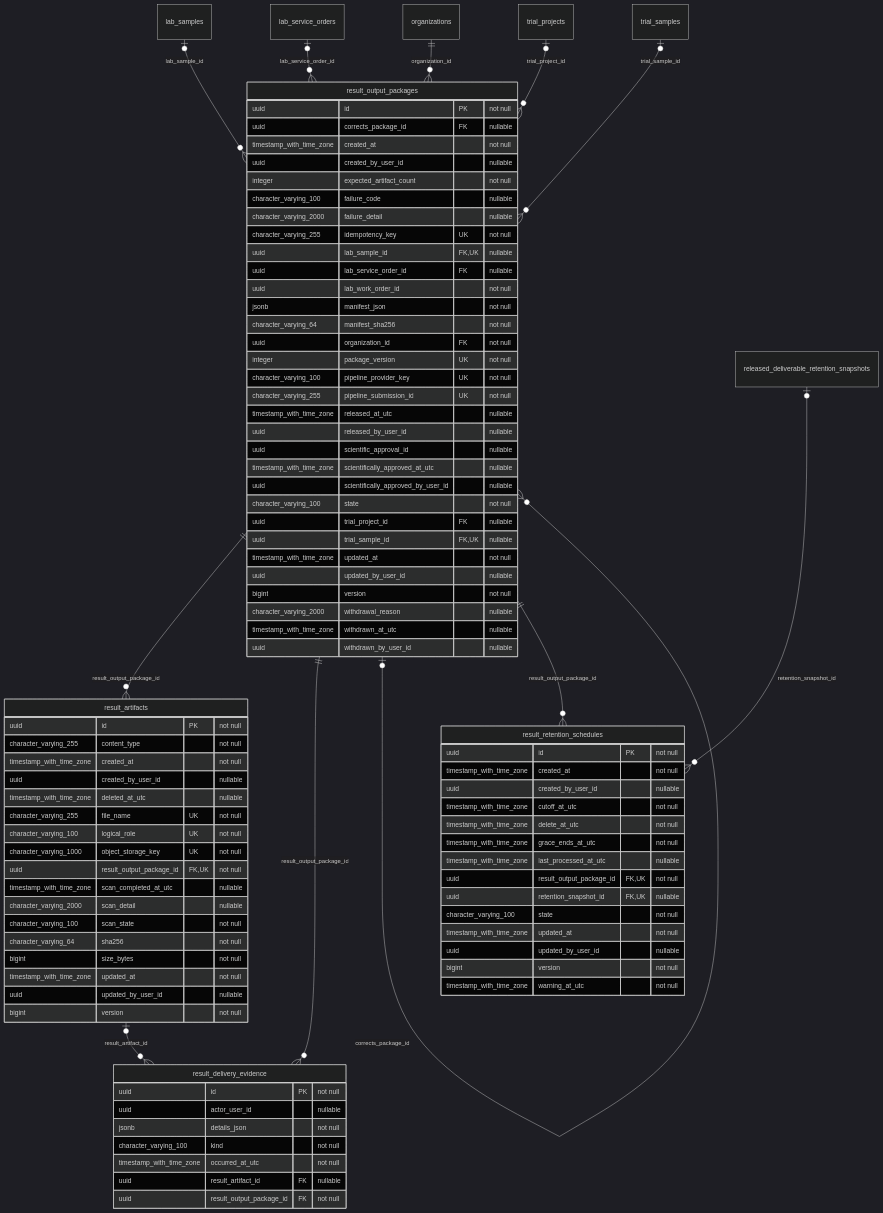
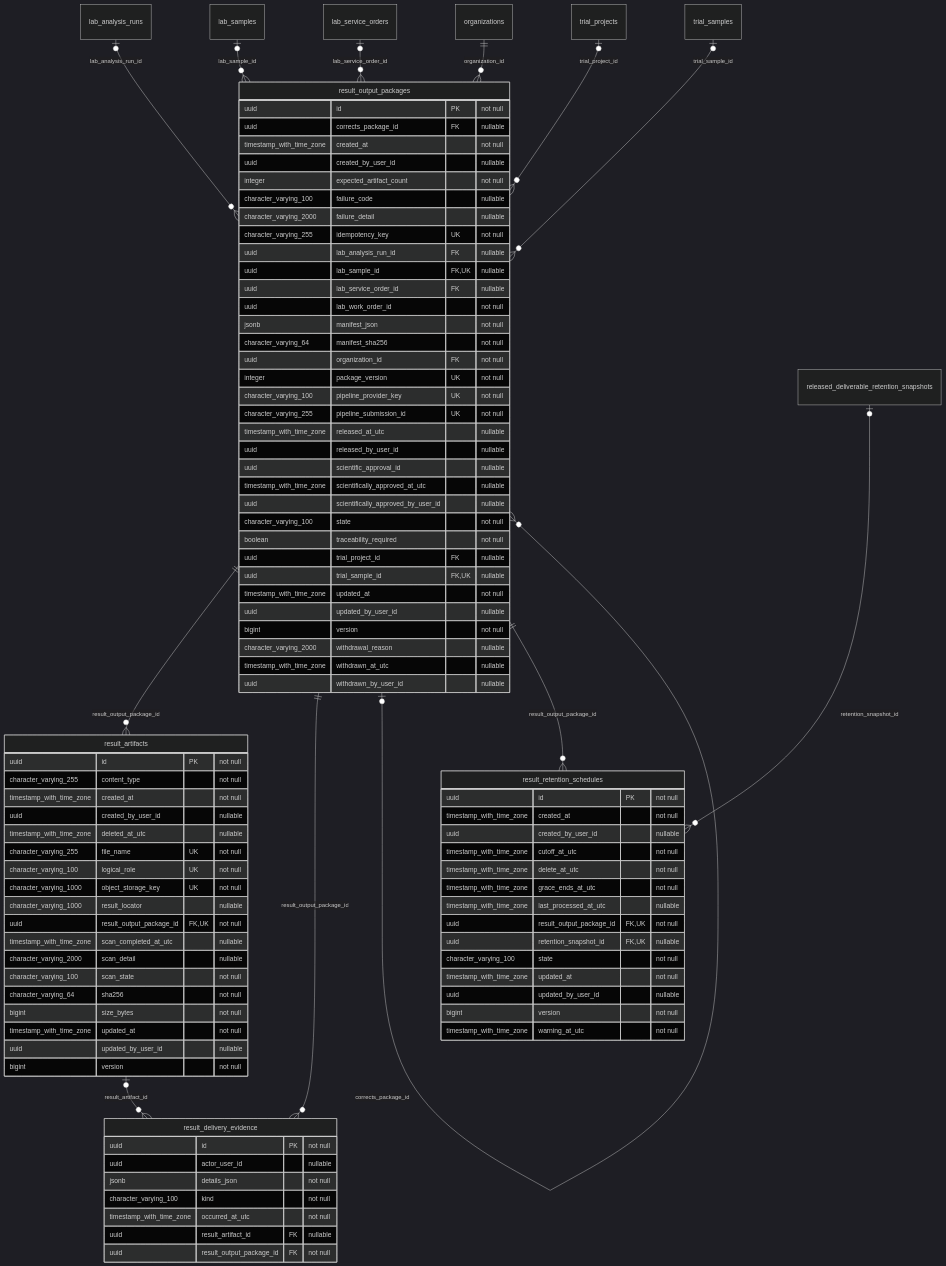
One commit to behaack/phaeno-ops-mgmt-system changed the eighth of 31 diagrams in docs/database-erd.md. Above: the diagram before and after it, drawn with Mermaid (dark theme). The commit also changed other lines of this file and 299 other files, not shown here.

Commit message:
Rebase databases and enforce sample-to-result traceability

```diff
--- a/docs/database-erd.md
+++ b/docs/database-erd.md
@@ -1008,6 +978,7 @@
         character_varying_255 file_name UK "not null"
         character_varying_100 logical_role UK "not null"
         character_varying_1000 object_storage_key UK "not null"
+        character_varying_1000 result_locator "nullable"
         uuid result_output_package_id FK,UK "not null"
         timestamp_with_time_zone scan_completed_at_utc "nullable"
         character_varying_2000 scan_detail "nullable"
@@ -1036,6 +1007,7 @@
         character_varying_100 failure_code "nullable"
         character_varying_2000 failure_detail "nullable"
         character_varying_255 idempotency_key UK "not null"
+        uuid lab_analysis_run_id FK "nullable"
         uuid lab_sample_id FK,UK "nullable"
         uuid lab_service_order_id FK "nullable"
         uuid lab_work_order_id "not null"
@@ -1051,6 +1023,7 @@
         timestamp_with_time_zone scientifically_approved_at_utc "nullable"
         uuid scientifically_approved_by_user_id "nullable"
         character_varying_100 state "not null"
+        boolean traceability_required "not null"
         uuid trial_project_id FK "nullable"
         uuid trial_sample_id FK,UK "nullable"
         timestamp_with_time_zone updated_at "not null"
@@ -1080,6 +1053,7 @@
     result_artifacts o|--o{ result_delivery_evidence : "result_artifact_id"
     result_output_packages ||--o{ result_delivery_evidence : "result_output_package_id"
     result_output_packages o|--o{ result_output_packages : "corrects_package_id"
+    lab_analysis_runs o|--o{ result_output_packages : "lab_analysis_run_id"
     lab_samples o|--o{ result_output_packages : "lab_sample_id"
     lab_service_orders o|--o{ result_output_packages : "lab_service_order_id"
     organizations ||--o{ result_output_packages : "organization_id"
```
